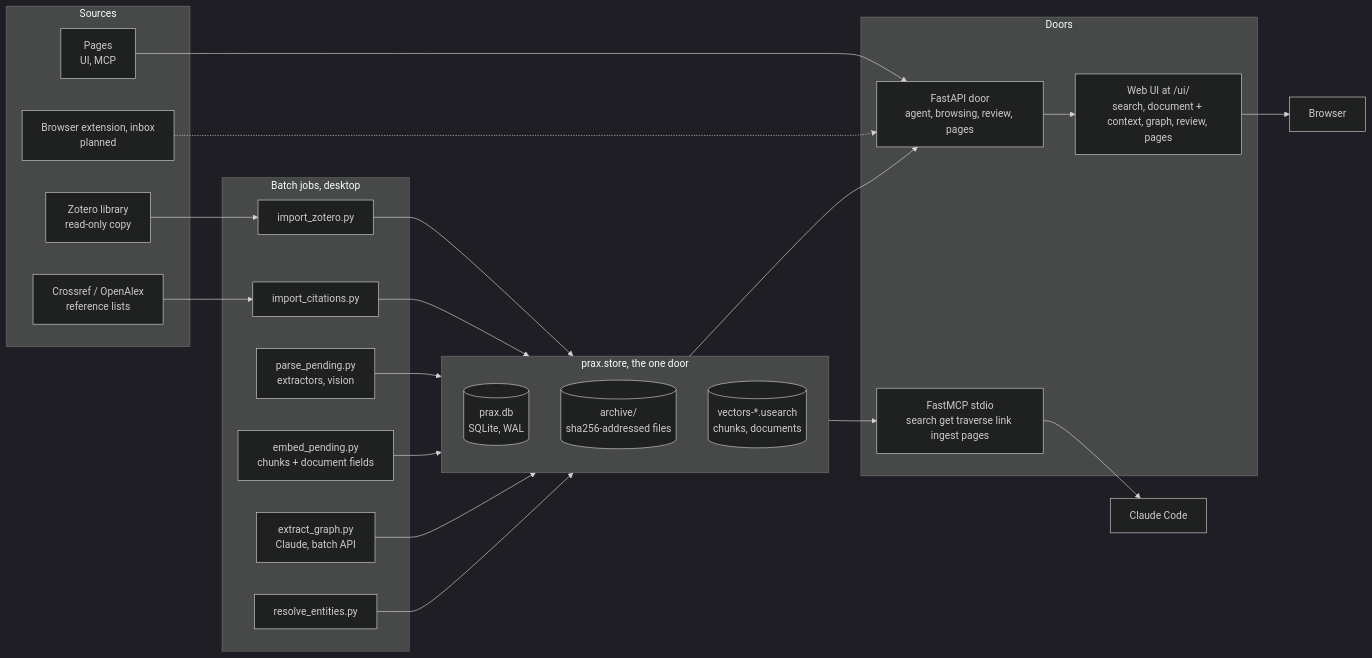
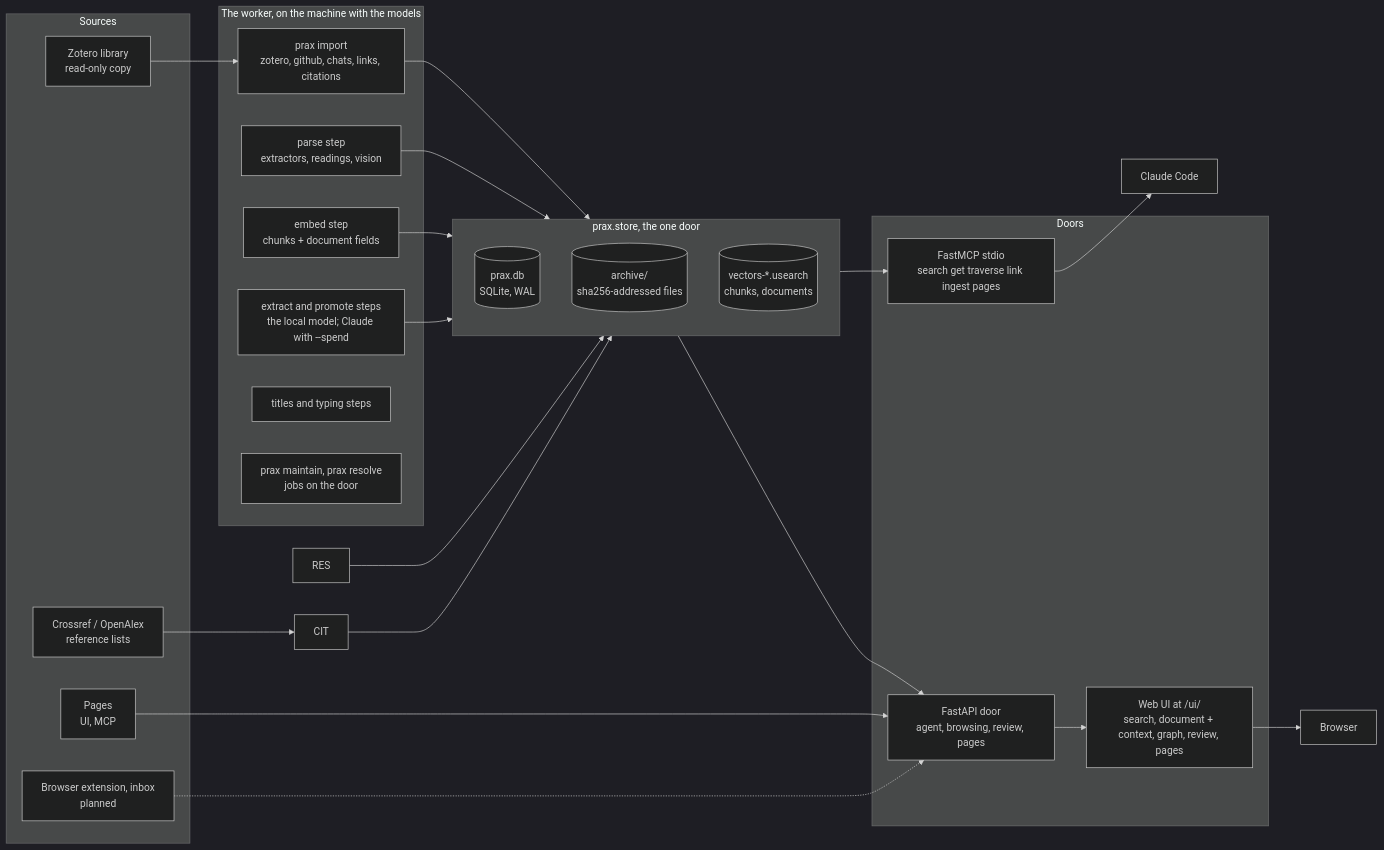
One commit to lodsb/prax changed the first of 3 diagrams in docs/architecture.md. Above: the diagram before and after it, drawn with Mermaid (dark theme). The commit also changed other lines of this file and 41 other files, not shown here.

First line of the commit message:
feat: the typing pass is a work step; fifteen scripts retired — every recurring pass goes through the door

````diff
--- a/docs/architecture.md
+++ b/docs/architecture.md
@@ -24,38 +24,38 @@
 ```mermaid
 flowchart LR
   subgraph sources [Sources]
     Z[Zotero library<br/>read-only copy]
     CR[Crossref / OpenAlex<br/>reference lists]
     W[Pages<br/>UI, MCP]
     B[Browser extension, inbox<br/>planned]
   end
-  subgraph batch [Batch jobs, desktop]
-    IMP[import_zotero.py]
-    PQ[parse_pending.py<br/>extractors, vision]
-    EMB[embed_pending.py<br/>chunks + document fields]
-    EXT[extract_graph.py<br/>Claude, batch API]
-    CIT[import_citations.py]
-    RES[resolve_entities.py]
+  subgraph batch [The worker, on the machine with the models]
+    IMP[prax import<br/>zotero, github, chats, links, citations]
+    PQ[parse step<br/>extractors, readings, vision]
+    EMB[embed step<br/>chunks + document fields]
+    EXT[extract and promote steps<br/>the local model; Claude with --spend]
+    TYP[titles and typing steps]
+    MNT[prax maintain, prax resolve<br/>jobs on the door]
   end
   subgraph store [prax.store, the one door]
     DB[(prax.db<br/>SQLite, WAL)]
     AR[(archive/<br/>sha256-addressed files)]
     VX[(vectors-*.usearch<br/>chunks, documents)]
   end
   subgraph doors [Doors]
     API[FastAPI door<br/>agent, browsing, review, pages]
     MCP[FastMCP stdio<br/>search get traverse link ingest pages]
     UI[Web UI at /ui/<br/>search, document + context, graph, review, pages]
   end
   Z --> IMP --> store
   CR --> CIT --> store
   W --> API
   B -.-> API
   PQ --> store
   EMB --> store
   EXT --> store
   RES --> store
   store --> API
   store --> MCP --> C[Claude Code]
   API --> UI --> Browser
 ```
````
